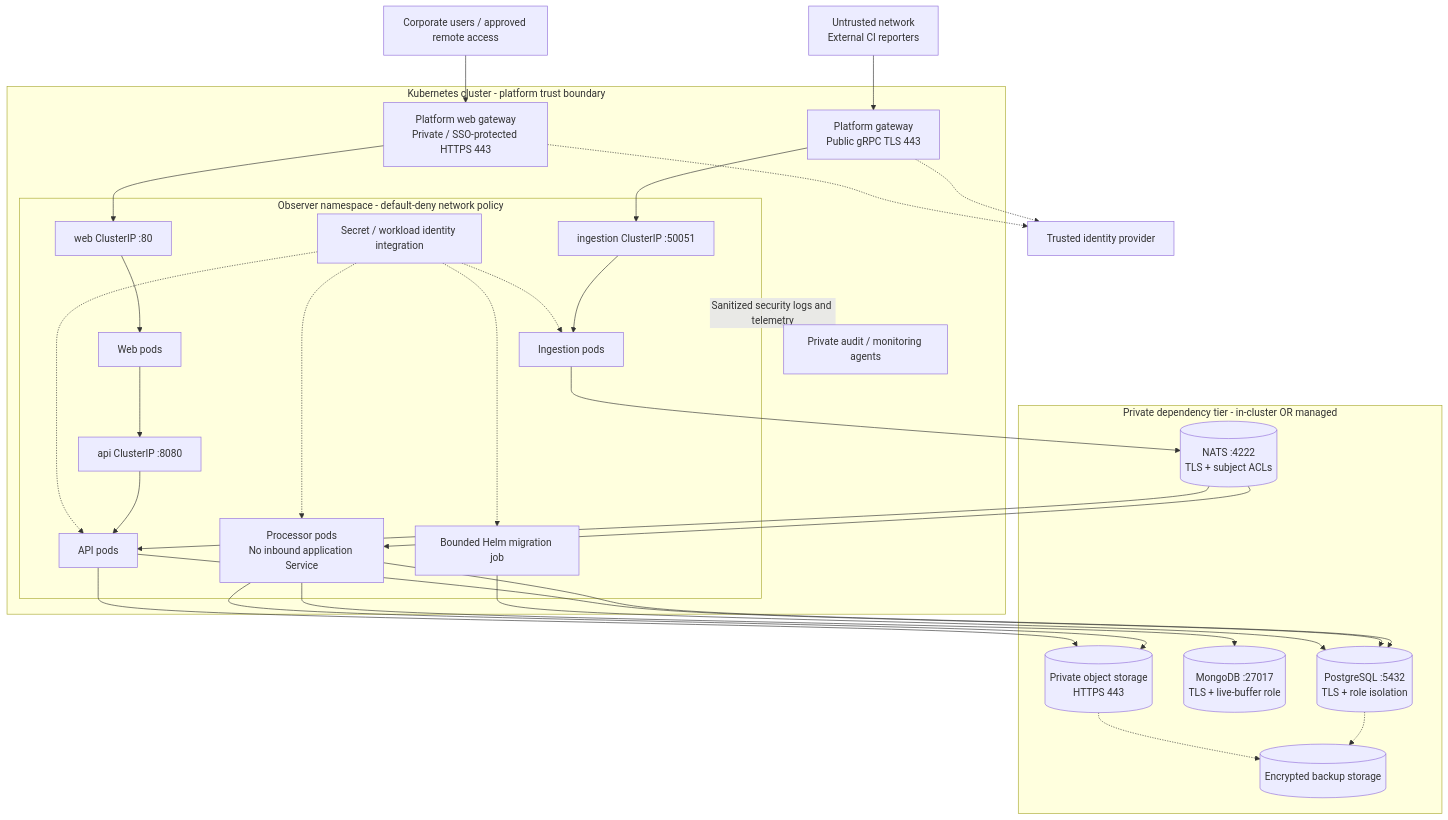
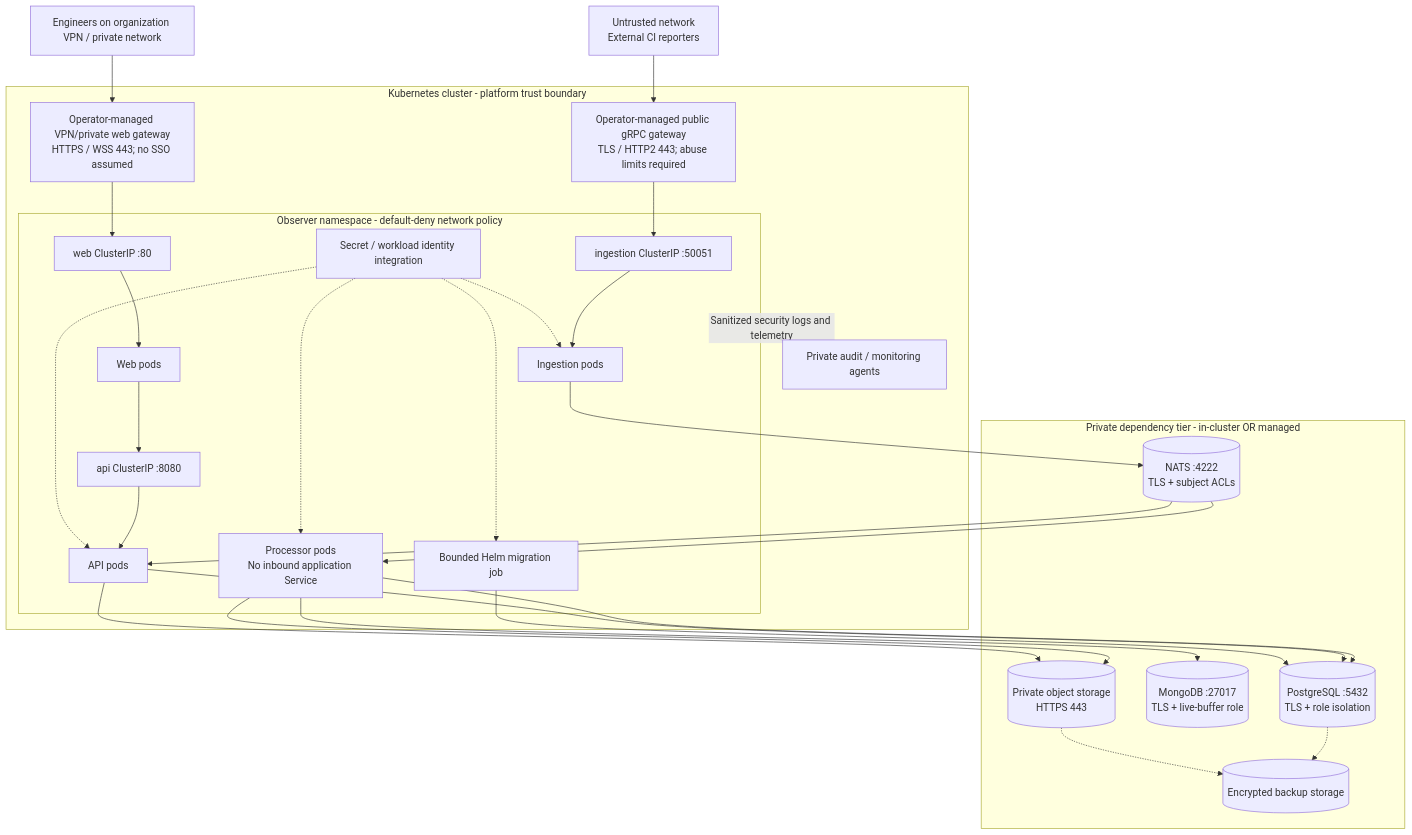
One commit to stanterprise/observer changed the diagram in docs/infosec/03-deployment-and-network.md. Above: the diagram before and after it, drawn with Mermaid. The commit also changed other lines of this file and 4 other files, not shown here.

Commit message:
docs: update architecture and deployment diagrams to reflect current state and security assumptions

````diff
--- a/docs/infosec/03-deployment-and-network.md
+++ b/docs/infosec/03-deployment-and-network.md
@@ -7,56 +10,53 @@
 ```mermaid
 flowchart TB
   ci["Untrusted network<br/>External CI reporters"]
-  users["Corporate users / approved remote access"]
-  issuer["Trusted identity provider"]
+  users["Engineers on organization VPN / private network"]
 
   subgraph cluster["Kubernetes cluster - platform trust boundary"]
-    public["Platform gateway<br/>Public gRPC TLS 443"]
-    private["Platform web gateway<br/>Private / SSO-protected HTTPS 443"]
+    public["Operator-managed public gRPC gateway<br/>TLS / HTTP2 443; abuse limits required"]
+    private["Operator-managed VPN/private web gateway<br/>HTTPS / WSS 443; no SSO assumed"]
     subgraph ns["Observer namespace - default-deny network policy"]
       isvc["ingestion ClusterIP :50051"]
       wsvc["web ClusterIP :80"]
       asvc["api ClusterIP :8080"]
       ing["Ingestion pods"]
       web["Web pods"]
       api["API pods"]
       proc["Processor pods<br/>No inbound application Service"]
       migration["Bounded Helm migration job"]
       secret["Secret / workload identity integration"]
       isvc --> ing
       wsvc --> web
       web --> asvc
       asvc --> api
       secret -.-> ing
       secret -.-> api
       secret -.-> proc
       secret -.-> migration
     end
     telemetry["Private audit / monitoring agents"]
   end
 
   subgraph dependencies["Private dependency tier - in-cluster OR managed"]
     nats[("NATS :4222<br/>TLS + subject ACLs")]
     pg[("PostgreSQL :5432<br/>TLS + role isolation")]
     mongo[("MongoDB :27017<br/>TLS + live-buffer role")]
     objects[("Private object storage<br/>HTTPS 443")]
     backup[("Encrypted backup storage")]
   end
 
   ci --> public --> isvc
   users --> private --> wsvc
-  public -.-> issuer
-  private -.-> issuer
   ing --> nats
   nats --> proc
   nats --> api
   proc --> pg
   proc --> mongo
   proc --> objects
   api --> pg
   api --> objects
   migration --> pg
   pg -.-> backup
   objects -.-> backup
   ns -.->|"Sanitized security logs and telemetry"| telemetry
 ```
````
